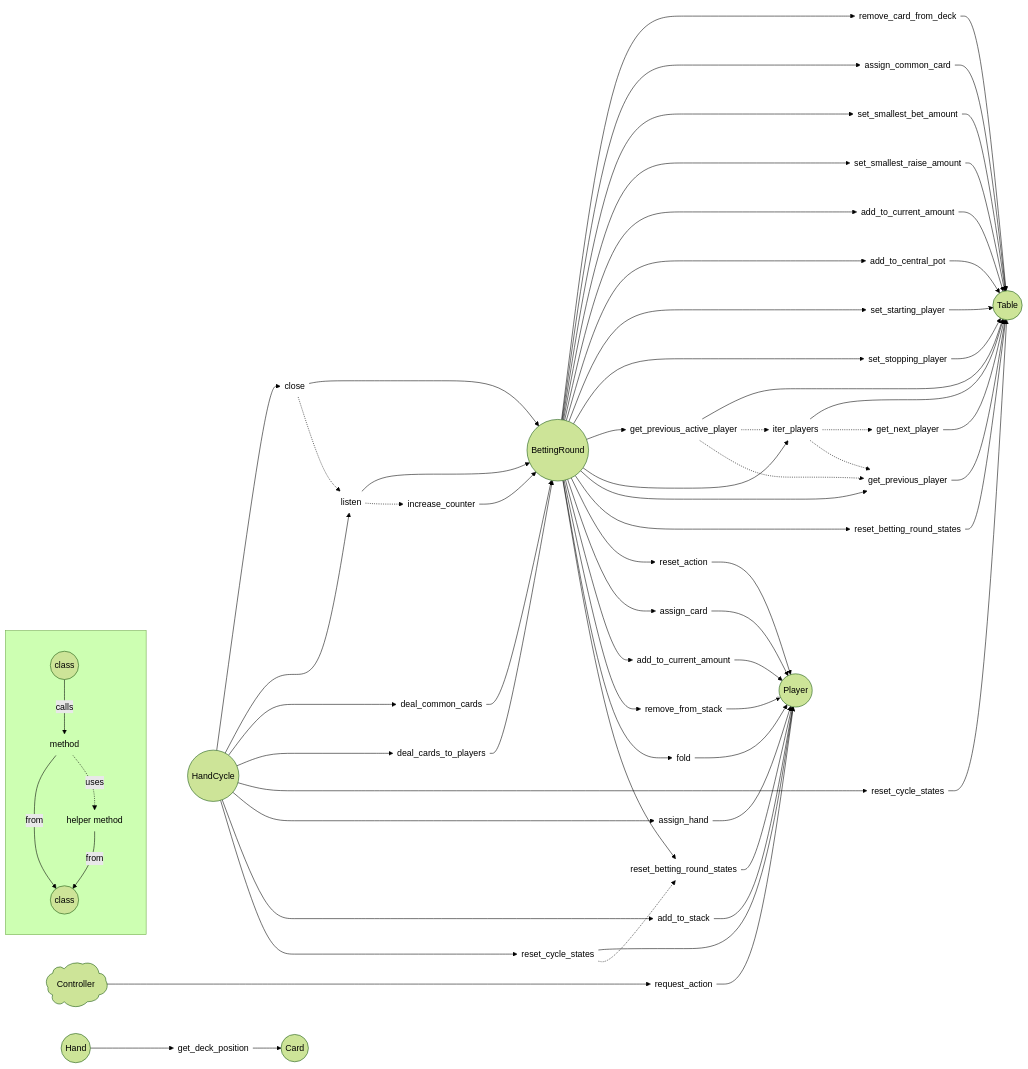
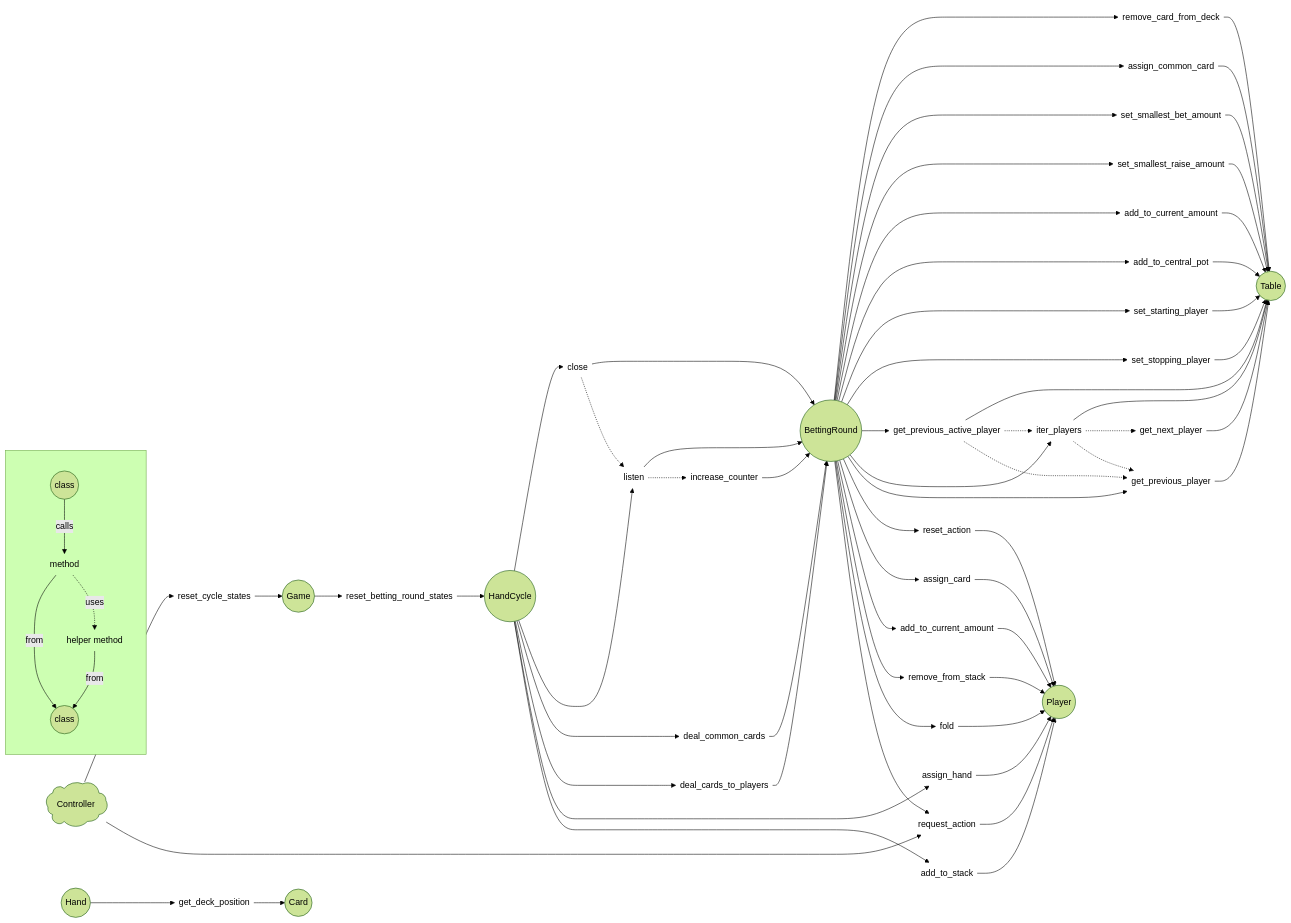
One commit to jorsaland/pokerpy changed the diagram in MODEL.md. Above: the diagram before and after it, drawn with Mermaid (forest theme).

Commit message:
feat: updated communication model to uncouple functions to reset states from table

````diff
--- a/MODEL.md
+++ b/MODEL.md
@@ -1,5 +1,6 @@
 ```mermaid
 flowchart LR
+
 
     %% Legend
 
@@ -14,11 +15,14 @@
         m2 --> |from| i2
     end
 
+
     %% Classes and methods
 
-    C(Controller)@{ shape: cloud }
+    G(Game)@{ shape: circle }
+    G.reset_cycle_states(reset_cycle_states)@{ shape: text }
 
     HC(HandCycle)@{ shape: circle }
+    HC.reset_betting_round_states(reset_betting_round_states)@{ shape: text }
 
     BR(BettingRound)@{ shape: circle }
     BR.listen(listen)@{ shape: text }
@@ -40,8 +44,8 @@
     T.get_next_player(get_next_player)@{ shape: text }
     T.iter_players(iter_players)@{ shape: text }
     T.get_previous_active_player(get_previous_active_player)@{ shape: text }
-    T.reset_betting_round_states(reset_betting_round_states)@{ shape: text }
-    T.reset_cycle_states(reset_cycle_states)@{ shape: text }
+
+    C(Controller)@{ shape: cloud }
 
     P(Player)@{ shape: circle }
     P.request_action(request_action)@{ shape: text }
@@ -52,114 +56,83 @@
     P.add_to_stack(add_to_stack)@{ shape: text }
     P.remove_from_stack(remove_from_stack)@{ shape: text }
     P.fold(fold)@{ shape: text }
-    P.reset_betting_round_states(reset_betting_round_states)@{ shape: text }
-    P.reset_cycle_states(reset_cycle_states)@{ shape: text }
 
     H(Hand)@{ shape: circle }
 
     Cd(Card)@{ shape: circle }
     Cd.get_deck_position(get_deck_position)@{ shape: text }
 
-    %% HandCycle to BettingRound relations
+
+    %% Relations from Controller
 
 
-    HC --> BR.close -->  BR
+    C --> G.reset_cycle_states --> G
+    C --> P.request_action
 
 
-    HC --> BR.listen
-    BR.close -.-> BR.listen
-        BR.listen --> BR
-        BR.listen -.-> BR.increase_counter --> BR
+    %% Relations from Game
+
+
+    G --> HC.reset_betting_round_states --> HC
+
+
+    %% Relations from HandCycle
+
+
+    HC --> BR.close --> BR
+           BR.close -.-> BR.listen --> BR
+
+    HC --> BR.listen -.-> BR.increase_counter  --> BR
 
     HC --> BR.deal_common_cards -->  BR
 
-
     HC --> BR.deal_cards_to_players -->  BR
 
+    HC --> P.assign_hand --> P
 
-        BR --> T.remove_card_from_deck --> T
-
-        BR --> T.assign_common_card --> T
-
-        BR --> T.set_smallest_bet_amount --> T
-
-        BR --> T.set_smallest_raise_amount --> T
-
-        BR --> T.add_to_current_amount --> T
-
-        BR --> T.add_to_central_pot --> T
-
-        BR --> T.set_starting_player --> T
-
-        BR --> T.set_stopping_player --> T
-
-        BR --> T.get_previous_active_player --> T
-
-        BR --> T.iter_players
-        T.get_previous_active_player -.-> T.iter_players
-            T.iter_players --> T
-            T.iter_players -.-> T.get_next_player --> T
-
-        BR --> T.get_previous_player
-        T.get_previous_active_player -.-> T.get_previous_player
-        T.iter_players -.-> T.get_previous_player
-            T.get_previous_player --> T
-
-        BR --> T.reset_betting_round_states --> T
+    HC --> P.add_to_stack --> P
 
 
+    %% Relations from BettingRound
 
 
-    T.reset_cycle_states --> T
+    BR --> T.remove_card_from_deck --> T
 
-    P.request_action --> P
-    P.reset_action --> P
-    P.assign_card --> P
-    P.assign_hand --> P
-    P.add_to_current_amount --> P
-    P.add_to_stack --> P
-    P.remove_from_stack --> P
-    P.fold --> P
-    P.reset_betting_round_states --> P
-    P.reset_cycle_states --> P
+    BR --> T.assign_common_card --> T
 
-    Cd.get_deck_position --> Cd
+    BR --> T.set_smallest_bet_amount --> T
 
-    %% Class-method
+    BR --> T.set_smallest_raise_amount --> T
 
-    C -------> P.request_action
+    BR --> T.add_to_current_amount --> T
 
-    HC --> T.reset_cycle_states
+    BR --> T.add_to_central_pot --> T
 
-    HC --> P.assign_hand
-    HC --> P.add_to_stack
-    HC --> P.reset_cycle_states
+    BR --> T.set_starting_player --> T
+
+    BR --> T.set_stopping_player --> T
+
+    BR --> T.get_previous_active_player --> T
+           T.get_previous_active_player -.-> T.iter_players --> T
+           T.get_previous_active_player -.-> T.get_previous_player --> T
+
+    BR --> T.iter_players -.-> T.get_next_player --> T
+           T.iter_players -.-> T.get_previous_player
+
+    BR --> T.get_previous_player
+
+    BR --> P.reset_action --> P
+
+    BR --> P.assign_card --> P
+
+    BR --> P.add_to_current_amount --> P
+    BR --> P.remove_from_stack --> P
+    BR --> P.fold --> P
+    BR --> P.request_action --> P
 
 
+    %% Relations from Hand
 
 
-
-
-
-    BR --> P.reset_action
-    BR --> P.assign_card
-    BR --> P.add_to_current_amount
-    BR --> P.remove_from_stack
-    BR --> P.fold
-    BR --> P.reset_betting_round_states
-
-    H --> Cd.get_deck_position
-
-    %% Helper method relations
-
-    P.reset_cycle_states -.-> P.reset_betting_round_states
-
-
-
-
-    %%T.reset_betting_round_states -.-> T.get_previous_player
-
-
-
-
+    H --> Cd.get_deck_position --> Cd
 ```
````
